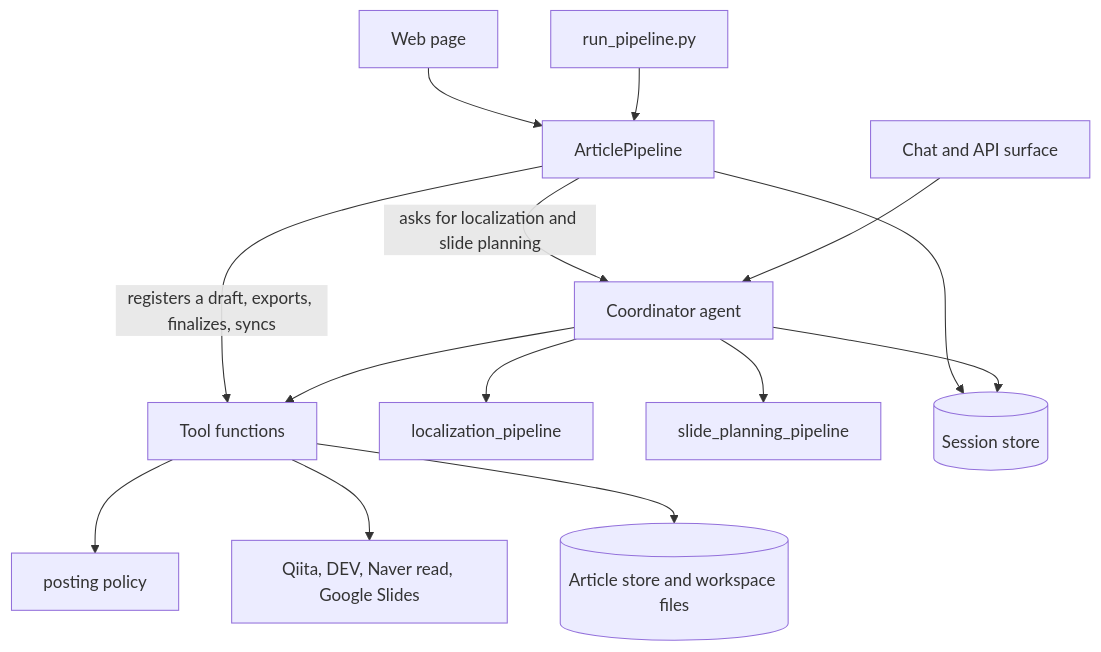
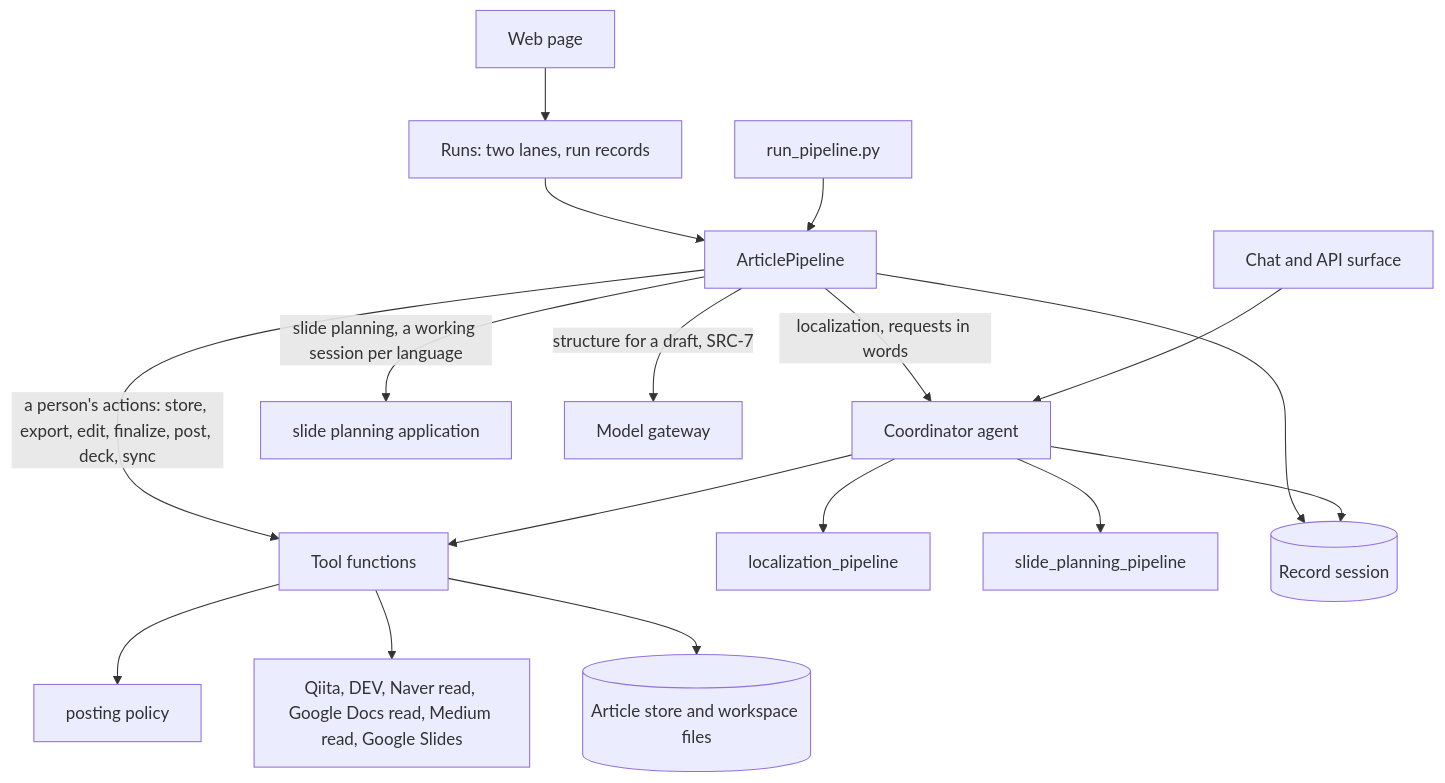
Before and after one commit to agenthekim/trilingual-blog-agent: the diagram in docs/SPEC.md, drawn with Mermaid. The commit also changed other lines of this file and 9 other files, not shown here.

````diff
--- a/docs/SPEC.md
+++ b/docs/SPEC.md
@@ -226,16 +225,19 @@
 ```mermaid
 flowchart TD
-    Page[Web page] --> Pipe[ArticlePipeline]
+    Page[Web page] --> Runs[Runs: two lanes, run records]
+    Runs --> Pipe[ArticlePipeline]
     Script[run_pipeline.py] --> Pipe
-    Pipe -->|registers a draft, exports, finalizes, syncs| Tools[Tool functions]
-    Pipe -->|asks for localization and slide planning| Coord[Coordinator agent]
+    Pipe -->|a person's actions: store, export, edit, finalize, post, deck, sync| Tools[Tool functions]
+    Pipe -->|localization, requests in words| Coord[Coordinator agent]
+    Pipe -->|slide planning, a working session per language| PlanApp[slide planning application]
+    Pipe -->|structure for a draft, SRC-7| Gate[Model gateway]
     Chat[Chat and API surface] --> Coord
     Coord --> Loc[localization_pipeline]
     Coord --> Plan[slide_planning_pipeline]
     Coord --> Tools
     Tools --> Policy[posting policy]
-    Tools --> Ext[Qiita, DEV, Naver read, Google Slides]
-    Pipe --> Sess[(Session store)]
+    Tools --> Ext[Qiita, DEV, Naver read, Google Docs read, Medium read, Google Slides]
+    Pipe --> Sess[(Record session)]
     Coord --> Sess
     Tools --> Store[(Article store and workspace files)]
 ```
````
